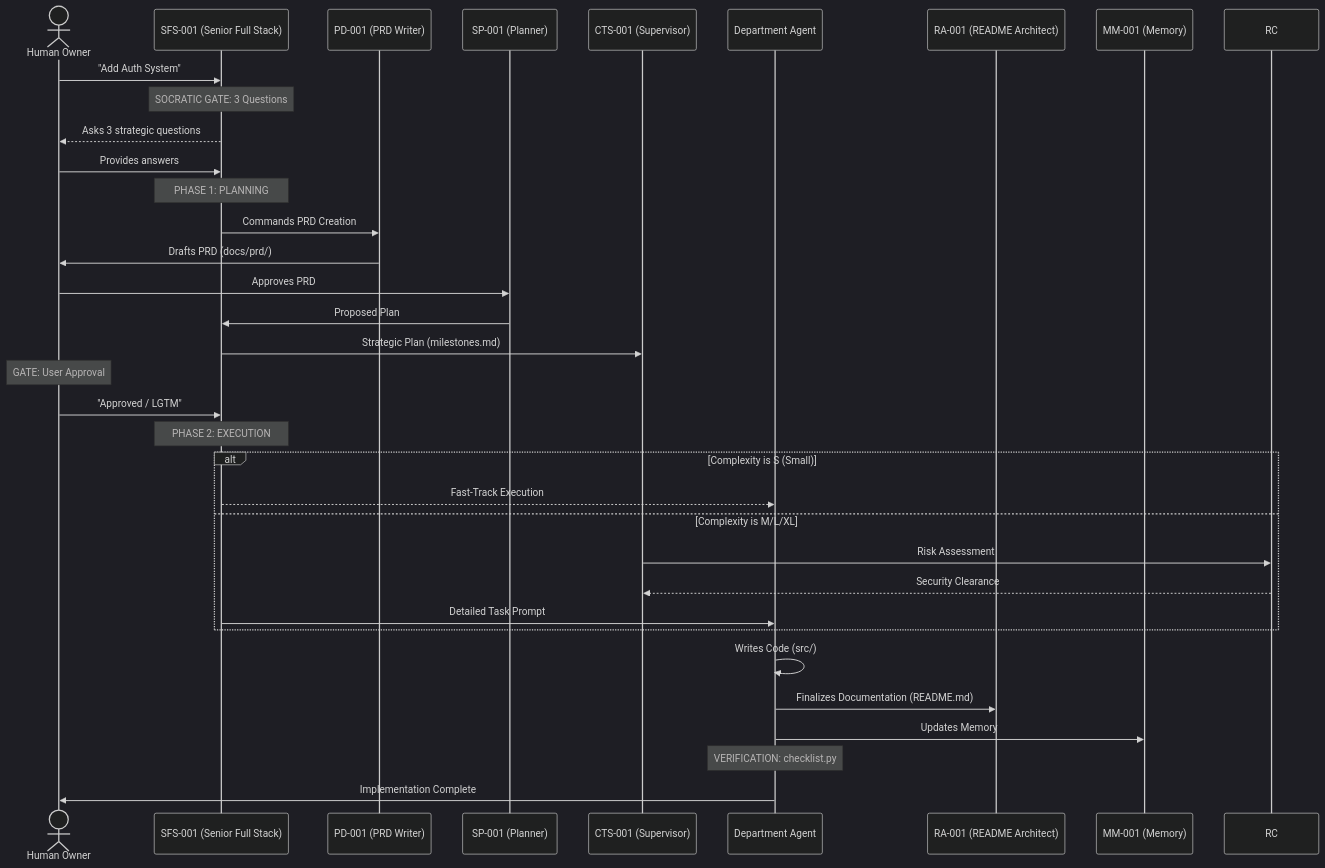
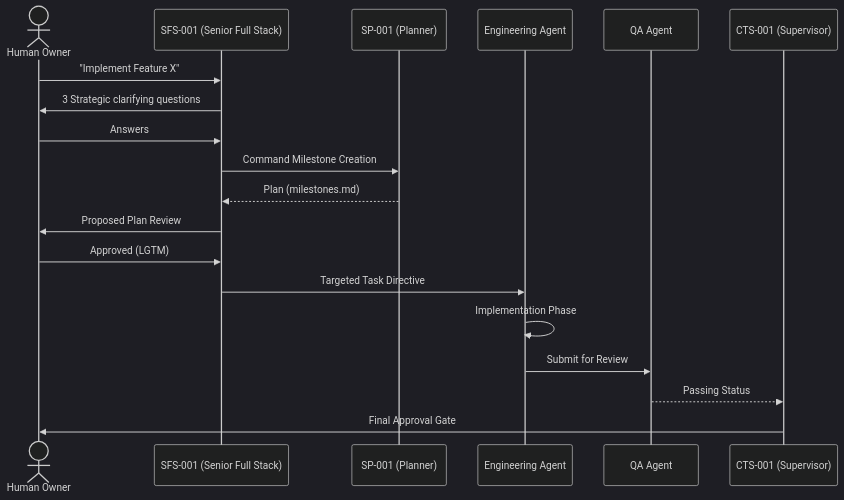
Before and after one commit to Ab-aswini/Agent-kit-P1: the fourth of 10 diagrams in README.md, drawn with Mermaid (dark theme). The commit also changed other lines of this file, not shown here.

Commit message:
docs: world-class README reconstruction by RA-001 with 12 Mermaid diagrams

````diff
--- a/README.md
+++ b/README.md
@@ -140,41 +133,22 @@
 ```mermaid
 sequenceDiagram
-  actor Dev as Human Owner
+  actor User as Human Owner
   participant SFS as SFS-001 (Senior Full Stack)
-  participant PD as PD-001 (PRD Writer)
   participant SP as SP-001 (Planner)
+  participant ENG as Engineering Agent
+  participant QA as QA Agent
   participant CTS as CTS-001 (Supervisor)
-  participant ENG as Department Agent
-  participant RA as RA-001 (README Architect)
-  participant MM as MM-001 (Memory)
 
-  Dev->>SFS: "Add Auth System"
-  Note over SFS: SOCRATIC GATE: 3 Questions
-  SFS-->>Dev: Asks 3 strategic questions
-  Dev->>SFS: Provides answers
-  
-  Note over SFS: PHASE 1: PLANNING
-  SFS->>PD: Commands PRD Creation
-  PD->>Dev: Drafts PRD (docs/prd/)
-  Dev->>SP: Approves PRD
-  SP->>SFS: Proposed Plan
-  SFS->>CTS: Strategic Plan (milestones.md)
-  
-  Note over Dev: GATE: User Approval
-  Dev->>SFS: "Approved / LGTM"
-
-  Note over SFS: PHASE 2: EXECUTION
-  alt Complexity is S (Small)
-    SFS-->>ENG: Fast-Track Execution
-  else Complexity is M/L/XL
-    CTS->>RC: Risk Assessment
-    RC-->>CTS: Security Clearance
-    SFS->>ENG: Detailed Task Prompt
-  end
-
-  ENG->>ENG: Writes Code (src/)
-  ENG->>RA: Finalizes Documentation (README.md)
-  ENG->>MM: Updates Memory
-  Note over ENG: VERIFICATION: checklist.py
-  ENG->>Dev: Implementation Complete
+  User->>SFS: "Implement Feature X"
+  SFS->>User: 3 Strategic clarifying questions
+  User->>SFS: Answers
+  SFS->>SP: Command Milestone Creation
+  SP-->>SFS: Plan (milestones.md)
+  SFS->>User: Proposed Plan Review
+  User->>SFS: Approved (LGTM)
+  SFS->>ENG: Targeted Task Directive
+  ENG->>ENG: Implementation Phase
+  ENG->>QA: Submit for Review
+  QA-->>CTS: Passing Status
+  CTS->>User: Final Approval Gate
 ```
````
